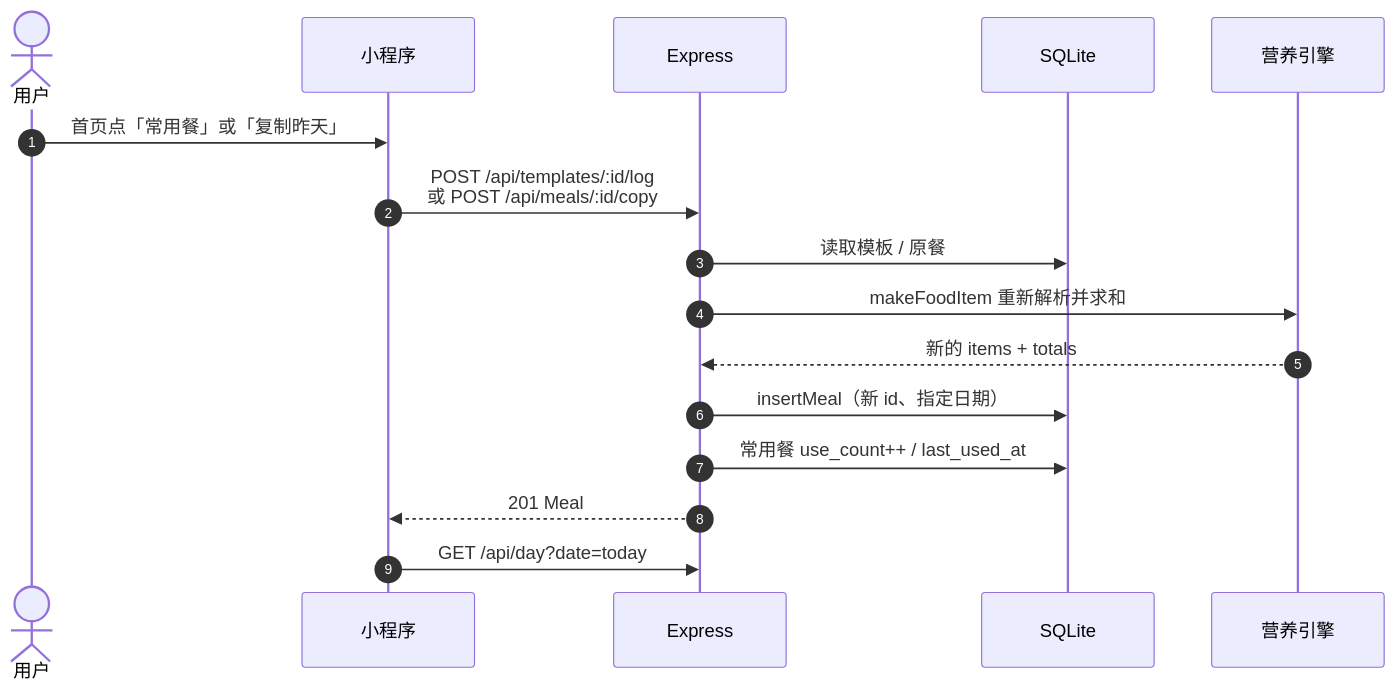
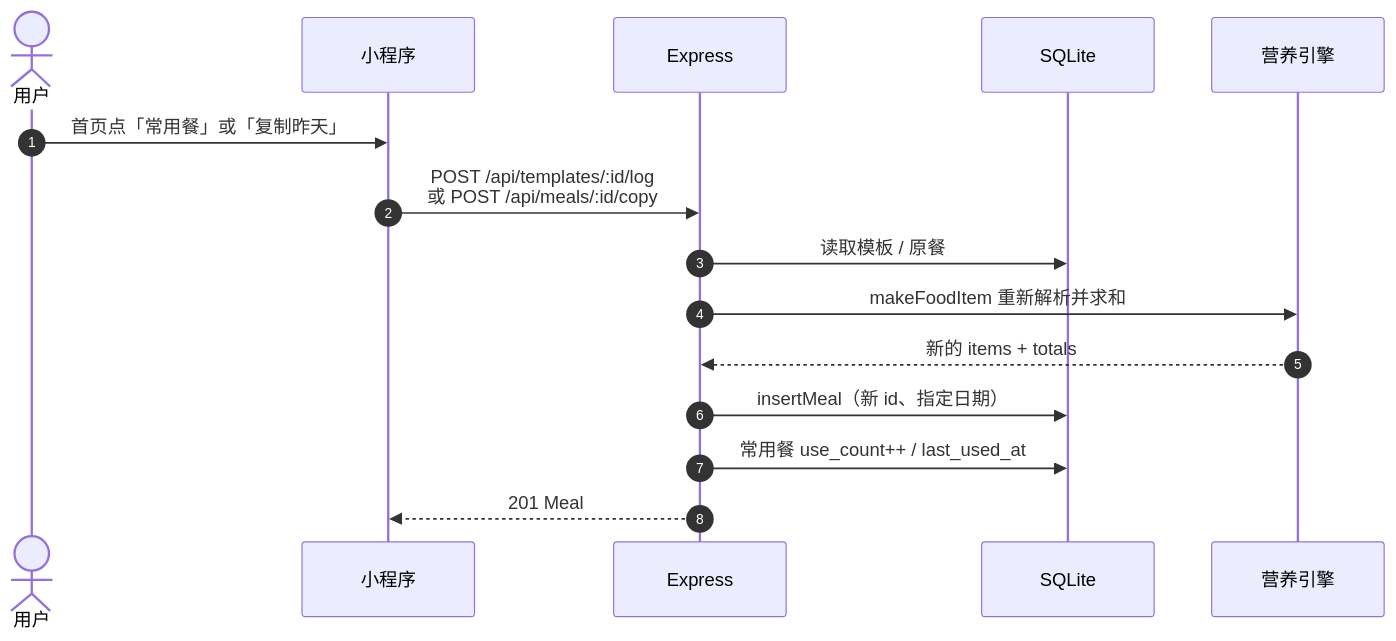
One commit to 6xuwei-ad/keep-fit changed the third of 4 diagrams in docs/ARCHITECTURE.md. Above: the diagram before and after it, drawn with Mermaid. The commit also changed other lines of this file and 58 other files, not shown here.

````diff
--- a/docs/ARCHITECTURE.md
+++ b/docs/ARCHITECTURE.md
@@ -405,19 +318,18 @@
 ```mermaid
 sequenceDiagram
   autonumber
   actor U as 用户
   participant W as 小程序
   participant A as Express
   participant D as SQLite
   participant N as 营养引擎
 
   U->>W: 首页点「常用餐」或「复制昨天」
   W->>A: POST /api/templates/:id/log<br/>或 POST /api/meals/:id/copy
   A->>D: 读取模板 / 原餐
   A->>N: makeFoodItem 重新解析并求和
   N-->>A: 新的 items + totals
   A->>D: insertMeal（新 id、指定日期）
   A->>D: 常用餐 use_count++ / last_used_at
   A-->>W: 201 Meal
-  W->>A: GET /api/day?date=today
 ```
````
